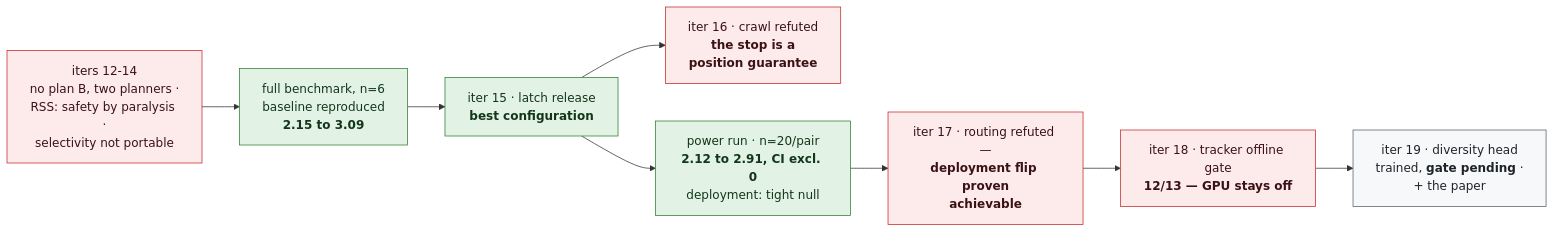
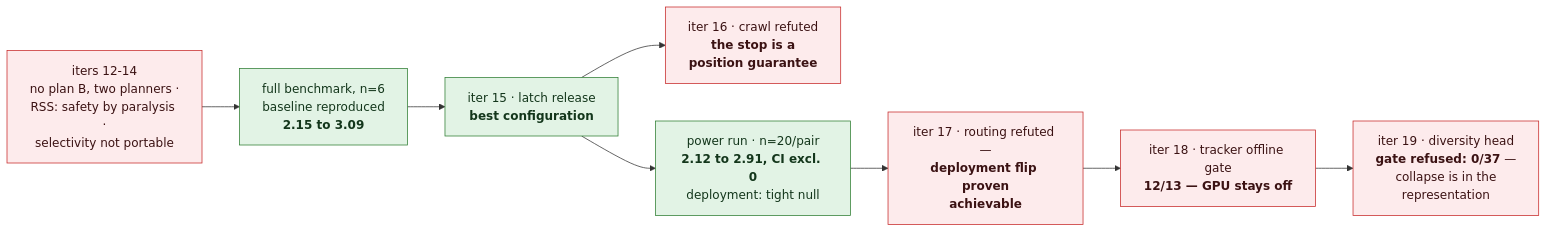
The second of 4 diagrams in README.md (manfromnowhere143/sentinel), drawn with Mermaid before and after one commit. The commit also changed other lines of this file and 6 other files, not shown here.

Commit message:
iter19 gate verdict: D1 fails at 0/37 feasible escapes with D3 passing — the pre-registered null; the collapse is located in the planning representation itself (third measurement, third route)

````diff
--- a/README.md
+++ b/README.md
@@ -105,16 +105,16 @@
 ```mermaid
 flowchart LR
   N12["iters 12-14<br/>no plan B, two planners ·<br/>RSS: safety by paralysis ·<br/>selectivity not portable"] --> F14["full benchmark, n=6<br/>baseline reproduced<br/><b>2.15 to 3.09</b>"]
   F14 --> R15["iter 15 · latch release<br/><b>best configuration</b>"]
   R15 --> X16["iter 16 · crawl refuted<br/><b>the stop is a<br/>position guarantee</b>"]
   R15 --> P20["power run · n=20/pair<br/><b>2.12 to 2.91, CI excl. 0</b><br/>deployment: tight null"]
   P20 --> X17["iter 17 · routing refuted —<br/><b>deployment flip proven<br/>achievable</b>"]
   X17 --> X18["iter 18 · tracker offline gate<br/><b>12/13 — GPU stays off</b>"]
-  X18 --> H19["iter 19 · diversity head<br/>trained, <b>gate pending</b> ·<br/>+ the paper"]
+  X18 --> H19["iter 19 · diversity head<br/><b>gate refused: 0/37</b> —<br/>collapse is in the<br/>representation"]
   classDef win fill:#e2f3e5,stroke:#2e7d32,color:#13361b;
   classDef bad fill:#fdebec,stroke:#c62828,color:#3b1213;
   classDef next fill:#f6f8fa,stroke:#57606a,color:#1f2328;
   class F14,R15,P20 win;
   class N12,X16,X17,X18 bad;
-  class H19 next;
+  class H19 bad;
 ```
````
